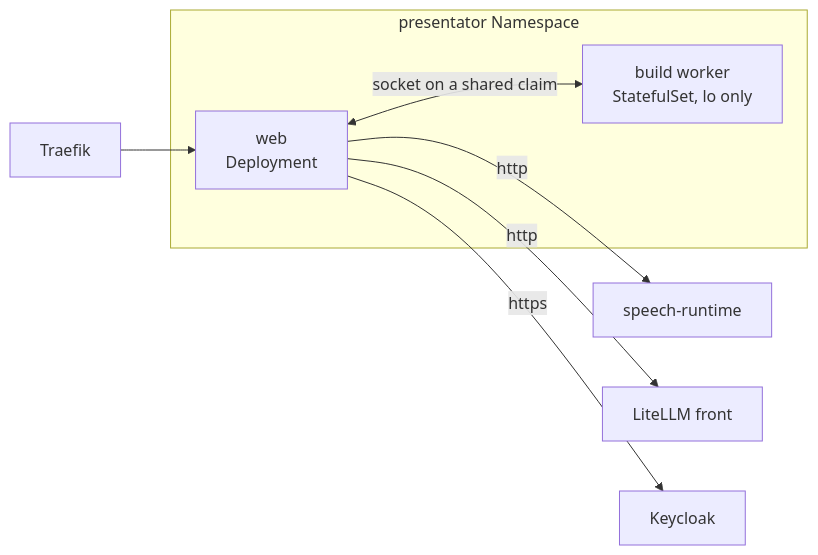
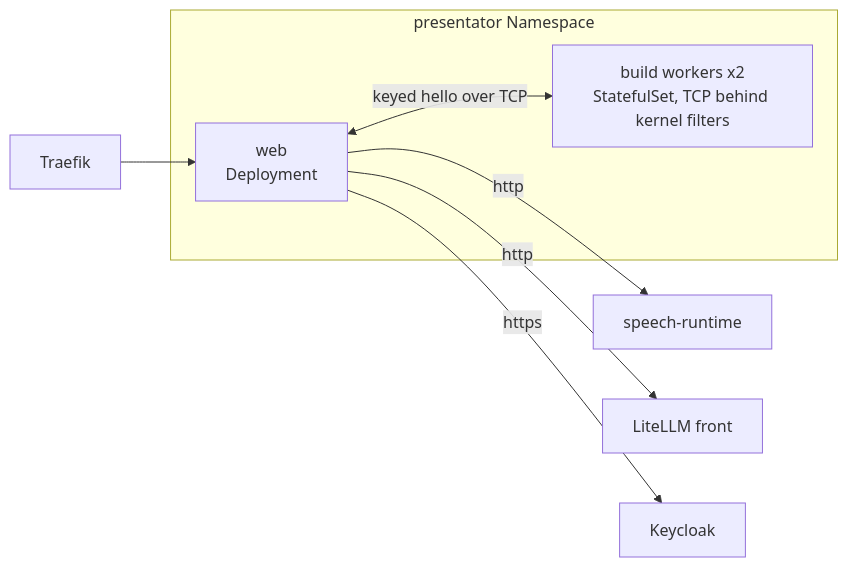
The fourth of 4 diagrams in docs/ARCHITECTURE.md (overnightworks/presentator), drawn with Mermaid before and after one commit. The commit also changed other lines of this file and 63 other files, not shown here.

First line of the commit message:
Serve the build worker over TCP behind a keyed hello (S10, partial) (#1176)

````diff
--- a/docs/ARCHITECTURE.md
+++ b/docs/ARCHITECTURE.md
@@ -76,12 +76,12 @@
 ```mermaid
 flowchart LR
     traefik[Traefik] --> web
     subgraph namespace[presentator Namespace]
         web[web<br/>Deployment]
-        worker[build worker<br/>StatefulSet, lo only]
-        web <-- socket on a shared claim --> worker
+        worker[build workers x2<br/>StatefulSet, TCP behind kernel filters]
+        web <-- keyed hello over TCP --> worker
     end
     web -- http --> speech[speech-runtime]
     web -- http --> gateway[LiteLLM front]
     web -- https --> keycloak[Keycloak]
 ```
````
